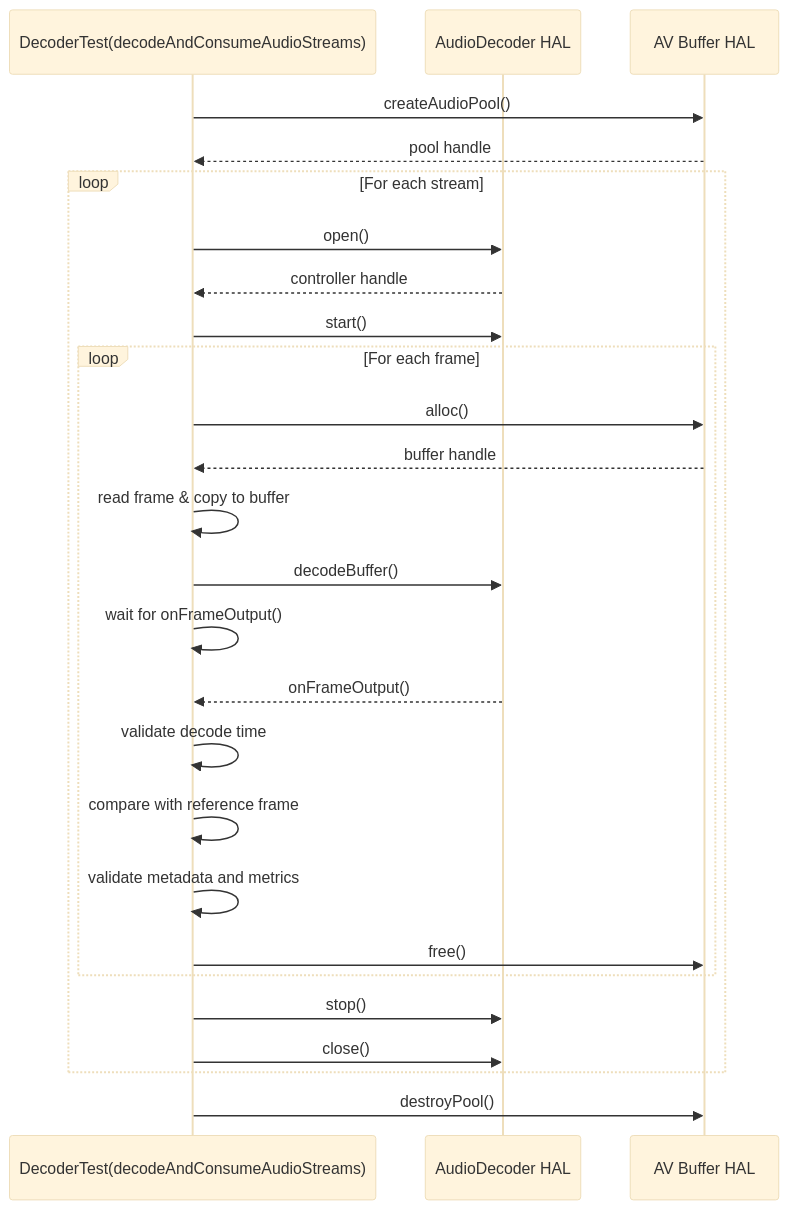
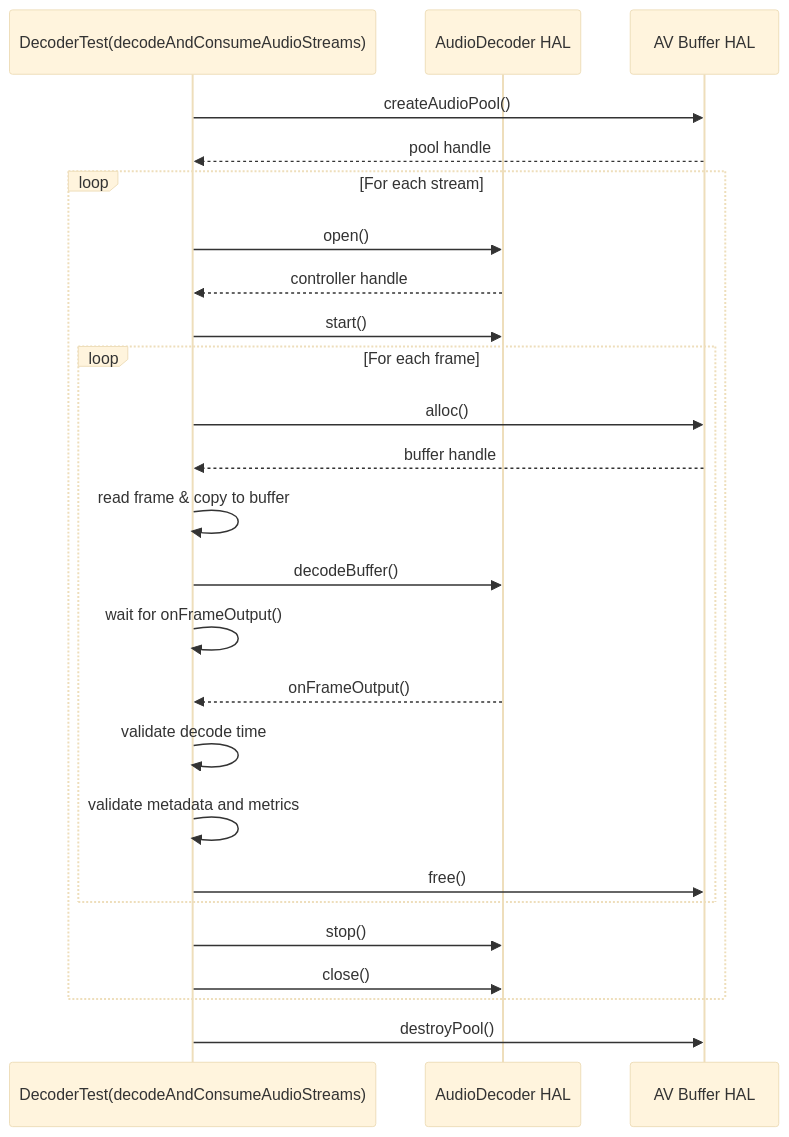
The sixth of 8 diagrams in docs/pages/audioDecoder_L3_Low-Level_TestSpecification.md (davidkoo-brcm/rdk-halif-aidl-test-audiodecoder), drawn with Mermaid (base theme) before and after one commit. The commit also changed other lines of this file, not shown here.

````diff
--- a/docs/pages/audioDecoder_L3_Low-Level_TestSpecification.md
+++ b/docs/pages/audioDecoder_L3_Low-Level_TestSpecification.md
@@ -362,29 +320,28 @@
 ```mermaid
 sequenceDiagram
   participant rundecoder as DecoderTest(decodeAndConsumeAudioStreams)
   participant AudioDecoder HAL
   participant AV Buffer HAL
 
   rundecoder->>AV Buffer HAL: createAudioPool()
   AV Buffer HAL-->>rundecoder: pool handle
   loop For each stream
     rundecoder->>AudioDecoder HAL: open()
     AudioDecoder HAL-->>rundecoder: controller handle
     rundecoder->>AudioDecoder HAL: start()
     loop For each frame
       rundecoder->>AV Buffer HAL: alloc()
       AV Buffer HAL-->>rundecoder: buffer handle
       rundecoder->>rundecoder: read frame & copy to buffer
       rundecoder->>AudioDecoder HAL: decodeBuffer()
       rundecoder->>rundecoder: wait for onFrameOutput()
       AudioDecoder HAL-->>rundecoder: onFrameOutput()
       rundecoder->>rundecoder: validate decode time
-      rundecoder->>rundecoder: compare with reference frame
       rundecoder->>rundecoder: validate metadata and metrics
       rundecoder->>AV Buffer HAL: free()
     end
     rundecoder->>AudioDecoder HAL: stop()
     rundecoder->>AudioDecoder HAL: close()
   end
   rundecoder->>AV Buffer HAL: destroyPool()
 ```
````
